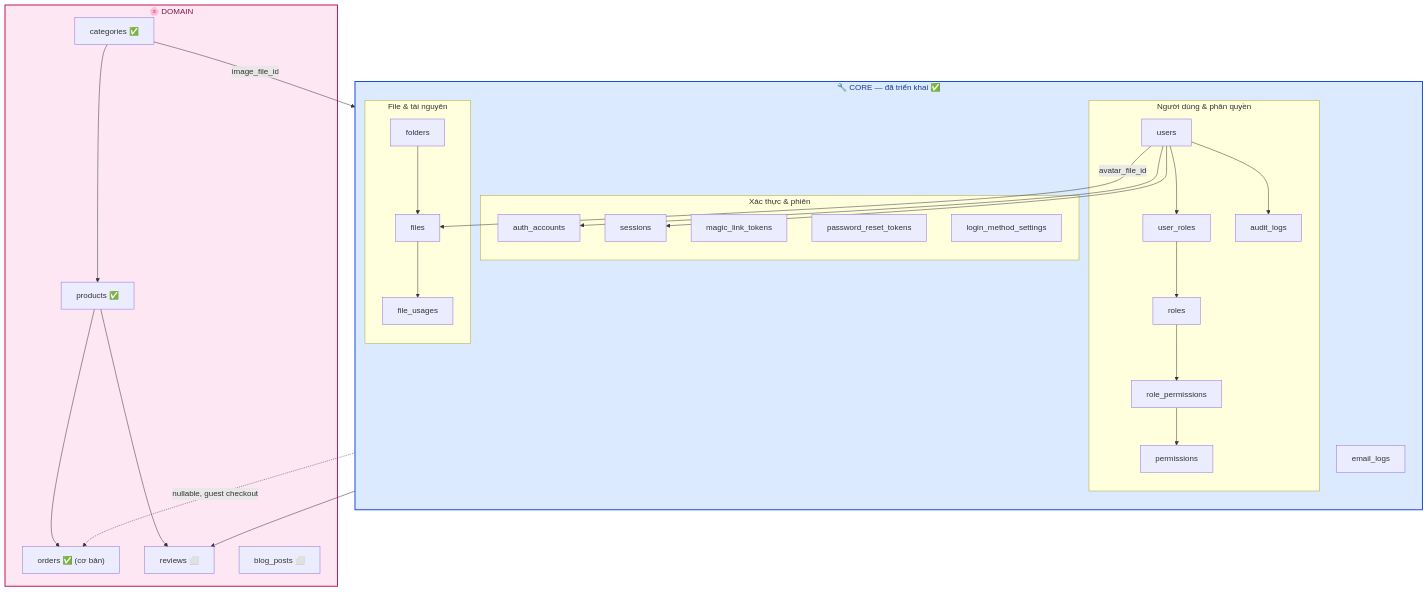
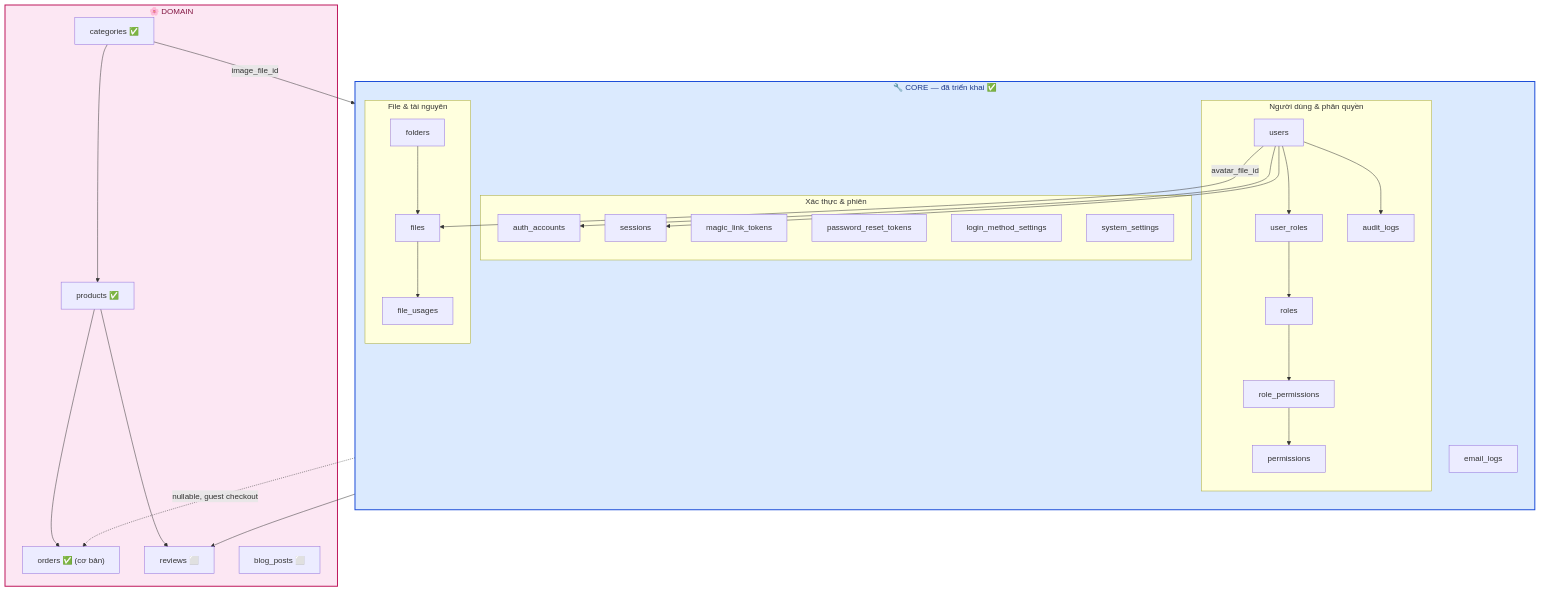
The second of 4 diagrams in docs/05-database-va-rbac.md (Hungvu0712/FLOWER), drawn with Mermaid before and after one commit. The commit also changed other lines of this file and 10 other files, not shown here.

````diff
--- a/docs/05-database-va-rbac.md
+++ b/docs/05-database-va-rbac.md
@@ -333,51 +334,52 @@
 ```mermaid
 flowchart TB
     subgraph CORE["🔧 CORE — đã triển khai ✅"]
         direction TB
         subgraph IDENT["Người dùng & phân quyền"]
             U[users]
             UR[user_roles]
             RO[roles]
             RP[role_permissions]
             PE[permissions]
             AL[audit_logs]
         end
         subgraph AUTHG["Xác thực & phiên"]
             AA[auth_accounts]
             SE[sessions]
             ML[magic_link_tokens]
             PR[password_reset_tokens]
             LM[login_method_settings]
+            SS[system_settings]
         end
         subgraph FILESG["File & tài nguyên"]
             FO[folders]
             FI[files]
             FU[file_usages]
         end
         EL[email_logs]
     end
 
     subgraph DOMAIN["🌸 DOMAIN"]
         CA["categories ✅"]
         PRD["products ✅"]
         ORD["orders ✅ (cơ bản)"]
         REV["reviews ⬜"]
         BLOG["blog_posts ⬜"]
     end
 
     U --> UR --> RO --> RP --> PE
     U --> AA
     U --> SE
     U --> AL
     U -->|avatar_file_id| FI
     FO --> FI --> FU
     CA -->|image_file_id| FI
     PRD --> ORD
     U -.->|nullable, guest checkout| ORD
     PRD --> REV
     U --> REV
     CA --> PRD
 
     style CORE fill:#dbeafe,stroke:#1d4ed8,stroke-width:2px,color:#1e3a8a
     style DOMAIN fill:#fce7f3,stroke:#be185d,stroke-width:2px,color:#831843
 ```
````
